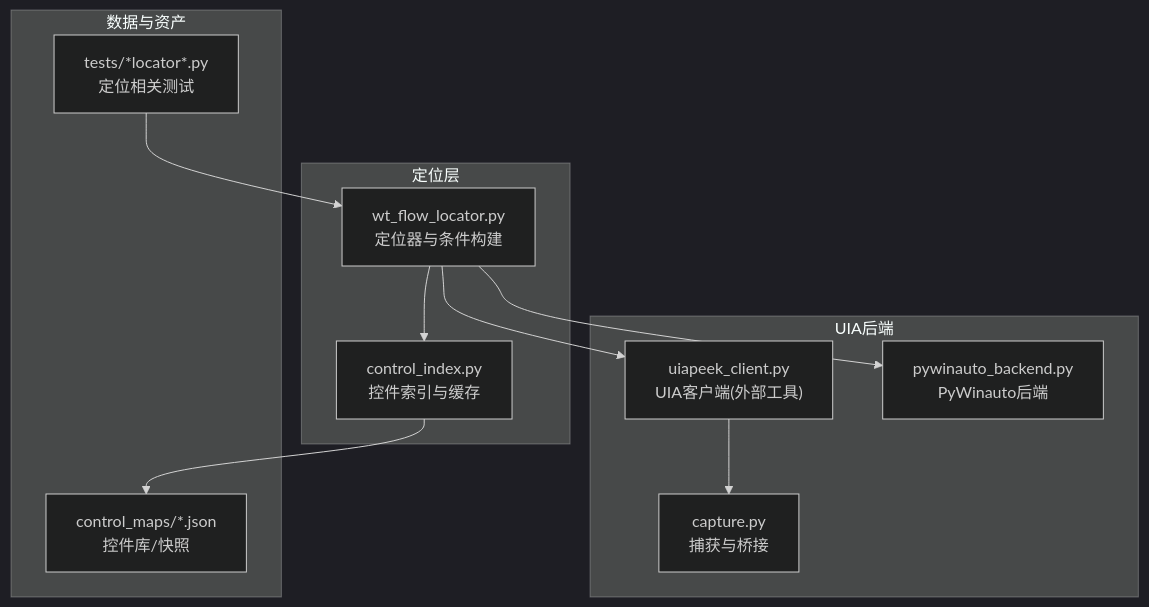
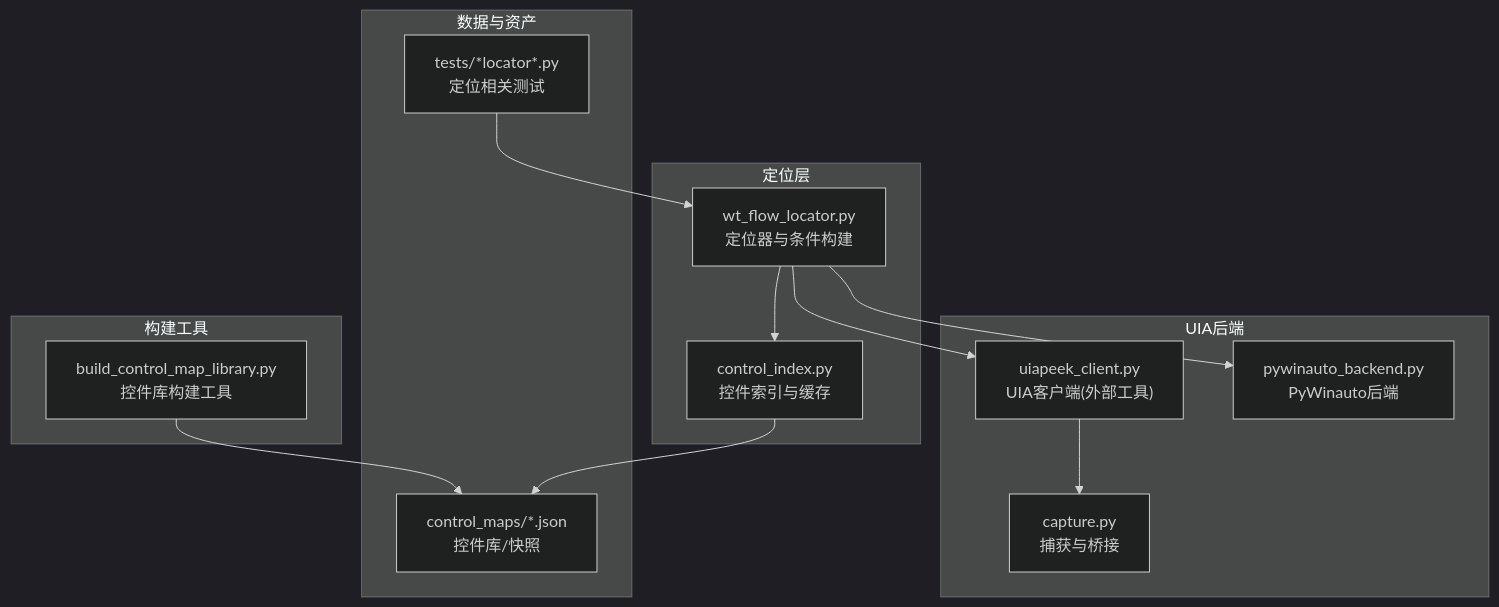
The first of 5 diagrams in .qoder/repowiki/zh/content/控件定位系统/UIA控件定位器.md (hanago33/WT_Automation), drawn with Mermaid (dark theme) before and after one commit. The commit also changed other lines of this file and 220 other files, not shown here.

````diff
--- a/.qoder/repowiki/zh/content/控件定位系统/UIA控件定位器.md
+++ b/.qoder/repowiki/zh/content/控件定位系统/UIA控件定位器.md
@@ -38,22 +50,26 @@
 ```mermaid
 graph TB
 subgraph "定位层"
 L["wt_flow_locator.py<br/>定位器与条件构建"]
 IDX["control_index.py<br/>控件索引与缓存"]
 end
 subgraph "UIA后端"
 UIC["uiapeek_client.py<br/>UIA客户端(外部工具)"]
 PWA["pywinauto_backend.py<br/>PyWinauto后端"]
 CAP["capture.py<br/>捕获与桥接"]
 end
 subgraph "数据与资产"
 LIB["control_maps/*.json<br/>控件库/快照"]
 TST["tests/*locator*.py<br/>定位相关测试"]
 end
+subgraph "构建工具"
+BCL["build_control_map_library.py<br/>控件库构建工具"]
+end
 L --> IDX
 L --> UIC
 L --> PWA
 UIC --> CAP
 IDX --> LIB
 TST --> L
+BCL --> LIB
 ```
````
